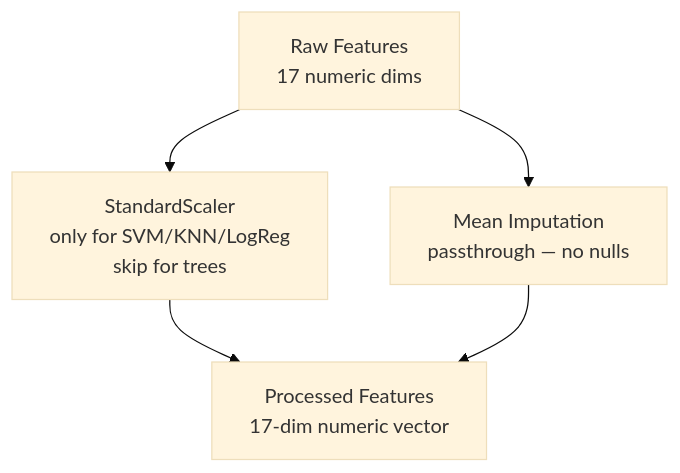
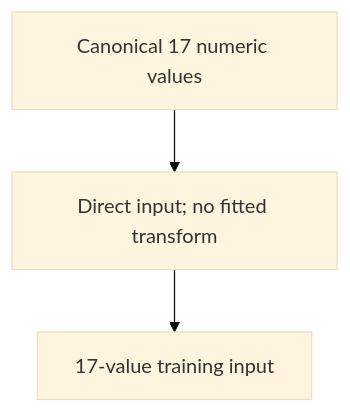
The third of 7 diagrams in plans/05-Model/02-Training/01-training-pipeline.md (Evintkoo/2048-ml), drawn with Mermaid (base theme) before and after one commit. The commit also changed other lines of this file and 67 other files, not shown here.

````diff
--- a/plans/05-Model/02-Training/01-training-pipeline.md
+++ b/plans/05-Model/02-Training/01-training-pipeline.md
@@ -62,11 +62,6 @@
 ```mermaid
 flowchart TD
-    Raw[Raw Features<br/>17 numeric dims]
-    Raw --> Scaler[StandardScaler<br/>only for SVM/KNN/LogReg<br/>skip for trees]
-    Raw --> Imputer[Mean Imputation<br/>passthrough — no nulls]
-    
-    Scaler --> Processed
-    Imputer --> Processed
-    
-    Processed[Processed Features<br/>17-dim numeric vector]
+    Raw[Canonical 17 numeric values]
+    Raw --> Direct[Direct input; no fitted transform]
+    Direct --> Processed[17-value training input]
 ```
````
